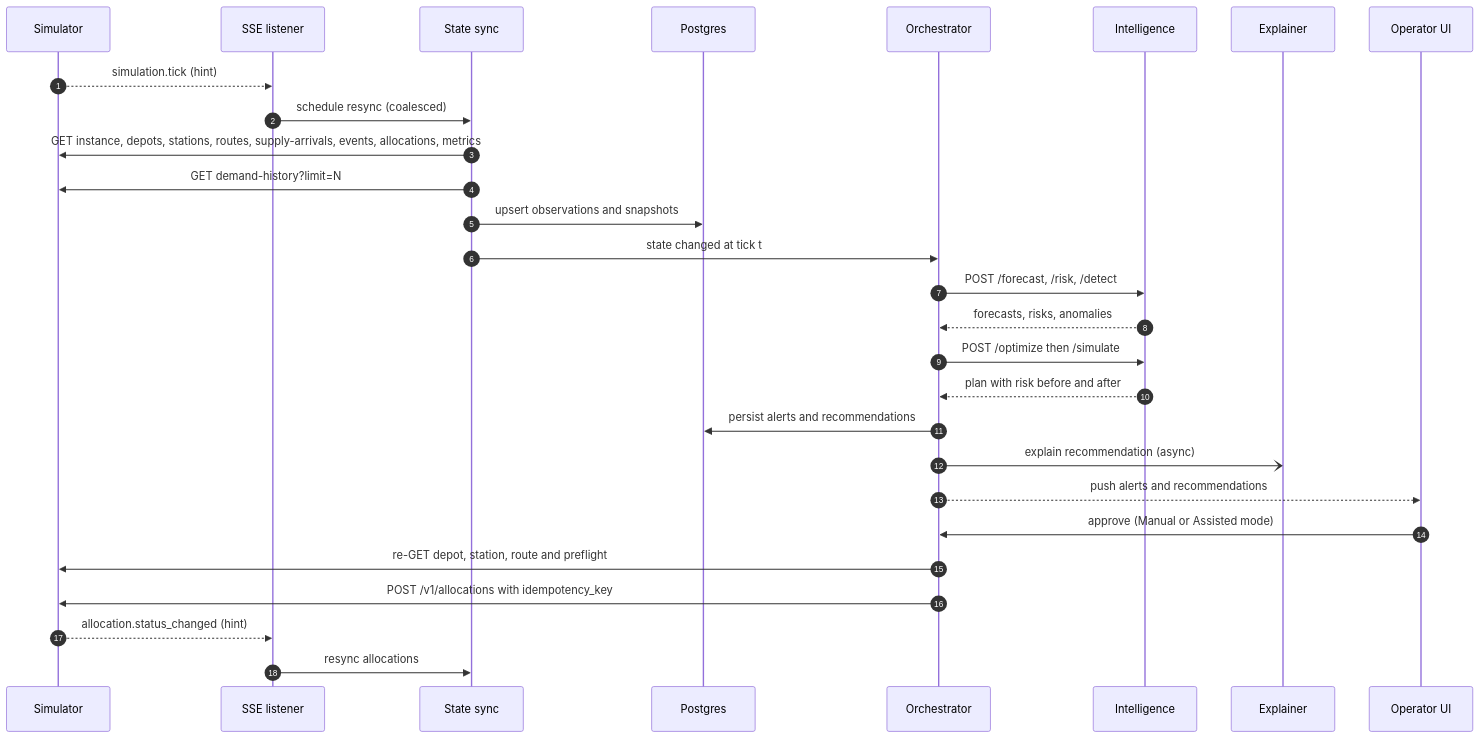
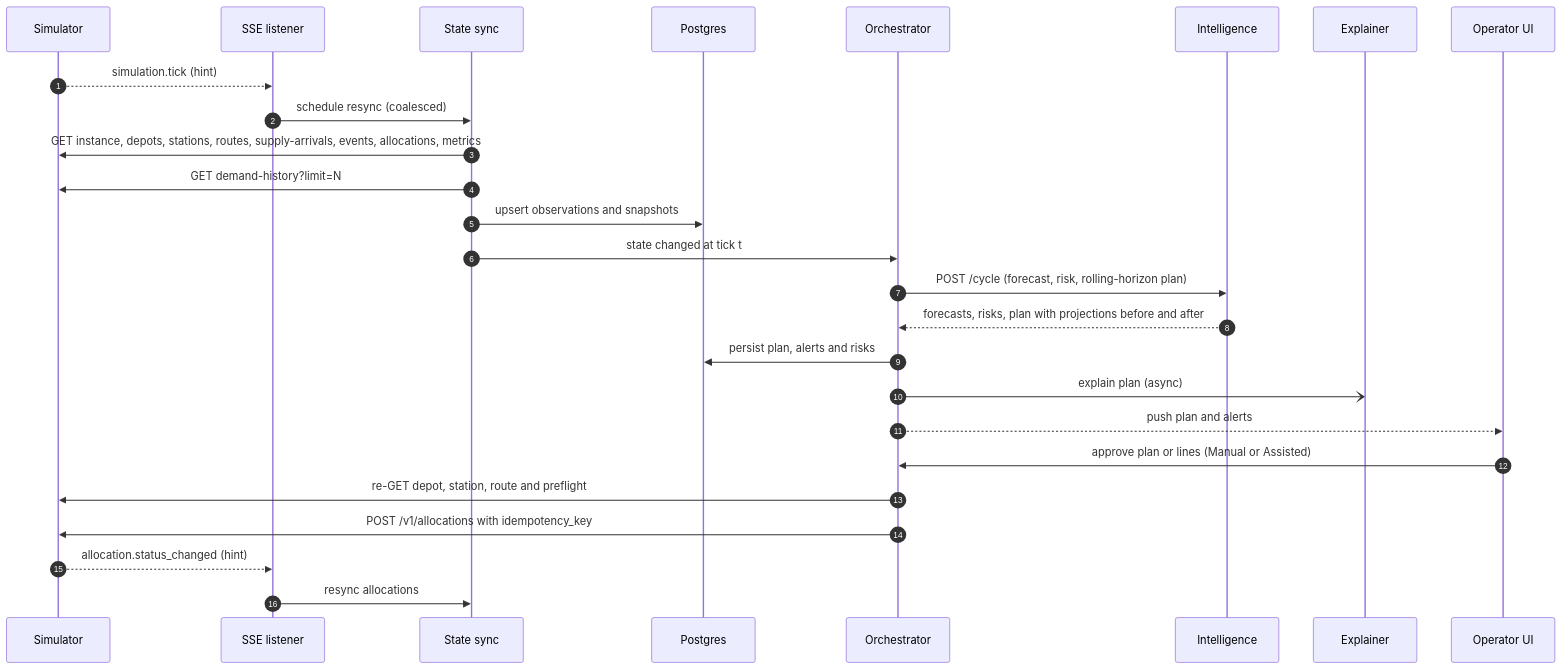
One commit to ALPHAMAN-0/Intelligent_Fuel_Supply_Operations_Platfrom_Capable changed the second of 3 diagrams in architecture.md. Above: the diagram before and after it, drawn with Mermaid. The commit also changed other lines of this file and 3 other files, not shown here.

First line of the commit message:
docs: re-plan as 24h vertical slices with rolling-horizon planner

````diff
--- a/architecture.md
+++ b/architecture.md
@@ -216,30 +237,28 @@
 ```mermaid
 sequenceDiagram
   autonumber
   participant S as Simulator
   participant L as SSE listener
   participant Y as State sync
   participant DB as Postgres
   participant O as Orchestrator
   participant I as Intelligence
   participant X as Explainer
   participant U as Operator UI
   S-->>L: simulation.tick (hint)
   L->>Y: schedule resync (coalesced)
   Y->>S: GET instance, depots, stations, routes, supply-arrivals, events, allocations, metrics
   Y->>S: GET demand-history?limit=N
   Y->>DB: upsert observations and snapshots
   Y->>O: state changed at tick t
-  O->>I: POST /forecast, /risk, /detect
-  I-->>O: forecasts, risks, anomalies
-  O->>I: POST /optimize then /simulate
-  I-->>O: plan with risk before and after
-  O->>DB: persist alerts and recommendations
-  O-)X: explain recommendation (async)
-  O-->>U: push alerts and recommendations
-  U->>O: approve (Manual or Assisted mode)
+  O->>I: POST /cycle (forecast, risk, rolling-horizon plan)
+  I-->>O: forecasts, risks, plan with projections before and after
+  O->>DB: persist plan, alerts and risks
+  O-)X: explain plan (async)
+  O-->>U: push plan and alerts
+  U->>O: approve plan or lines (Manual or Assisted)
   O->>S: re-GET depot, station, route and preflight
   O->>S: POST /v1/allocations with idempotency_key
   S-->>L: allocation.status_changed (hint)
   L->>Y: resync allocations
 ```
````
